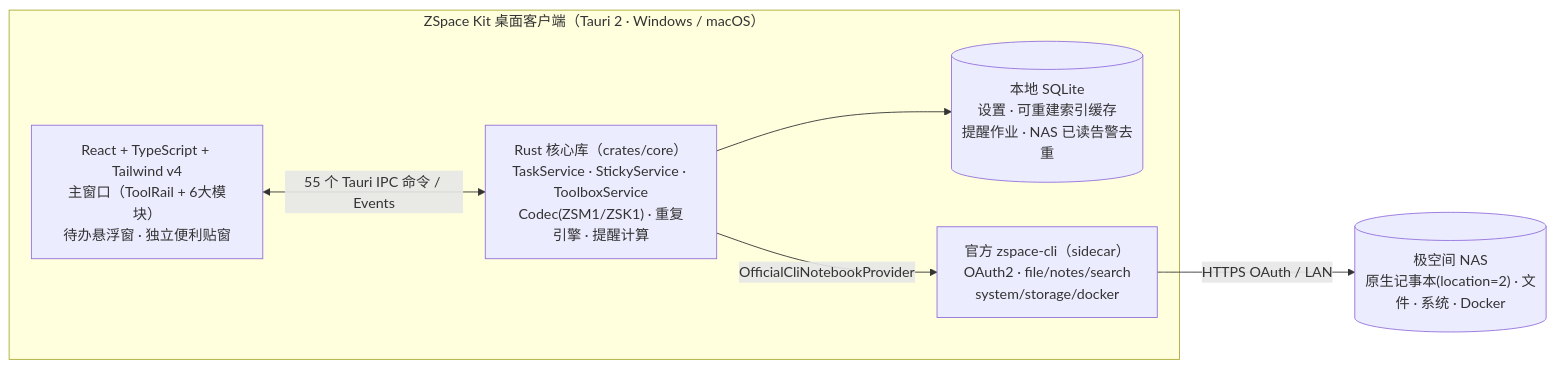
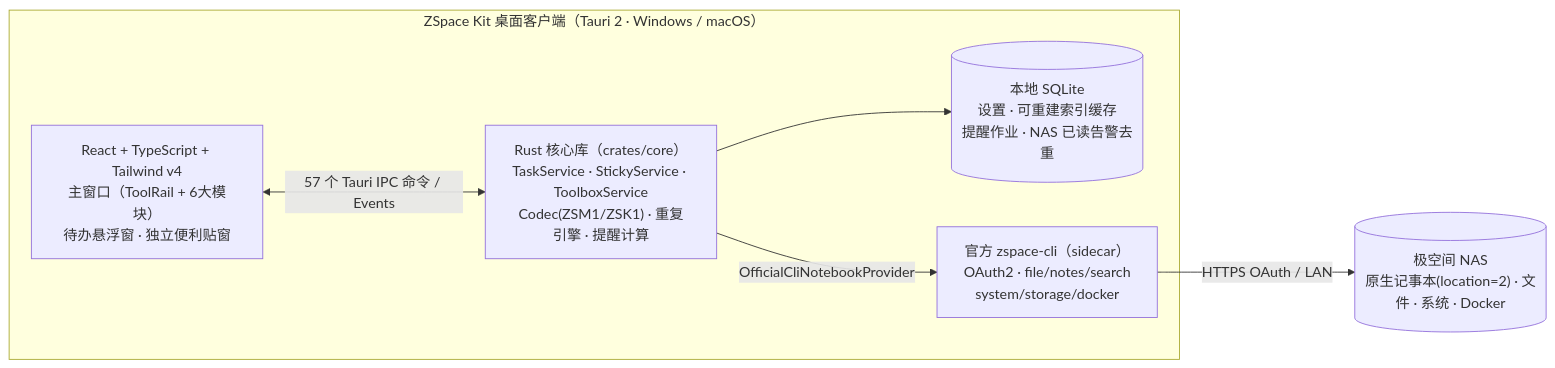
One commit to garyhj/ZSpaceMemo changed the diagram in README.md. Above: the diagram before and after it, drawn with Mermaid. The commit also changed other lines of this file and 13 other files, not shown here.

````diff
--- a/README.md
+++ b/README.md
@@ -49,14 +49,14 @@
 ```mermaid
 flowchart LR
   subgraph App["ZSpace Kit 桌面客户端（Tauri 2 · Windows / macOS）"]
     UI["React + TypeScript + Tailwind v4<br/>主窗口（ToolRail + 6大模块）<br/>待办悬浮窗 · 独立便利贴窗"]
     CORE["Rust 核心库（crates/core）<br/>TaskService · StickyService · ToolboxService<br/>Codec(ZSM1/ZSK1) · 重复引擎 · 提醒计算"]
     DB[("本地 SQLite<br/>设置 · 可重建索引缓存<br/>提醒作业 · NAS 已读告警去重")]
     CLI["官方 zspace-cli（sidecar）<br/>OAuth2 · file/notes/search<br/>system/storage/docker"]
   end
   NAS[("极空间 NAS<br/>原生记事本(location=2) · 文件 · 系统 · Docker")]
 
-  UI <-->|55 个 Tauri IPC 命令 / Events| CORE
+  UI <-->|57 个 Tauri IPC 命令 / Events| CORE
   CORE --> DB
   CORE -->|OfficialCliNotebookProvider| CLI -->|HTTPS OAuth / LAN| NAS
 ```
````
